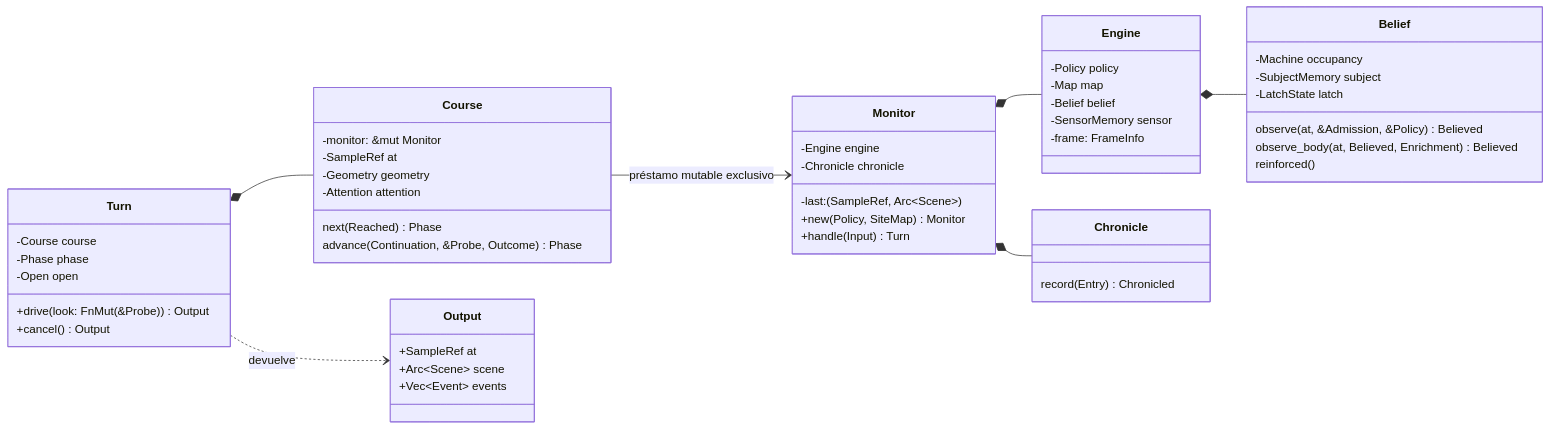
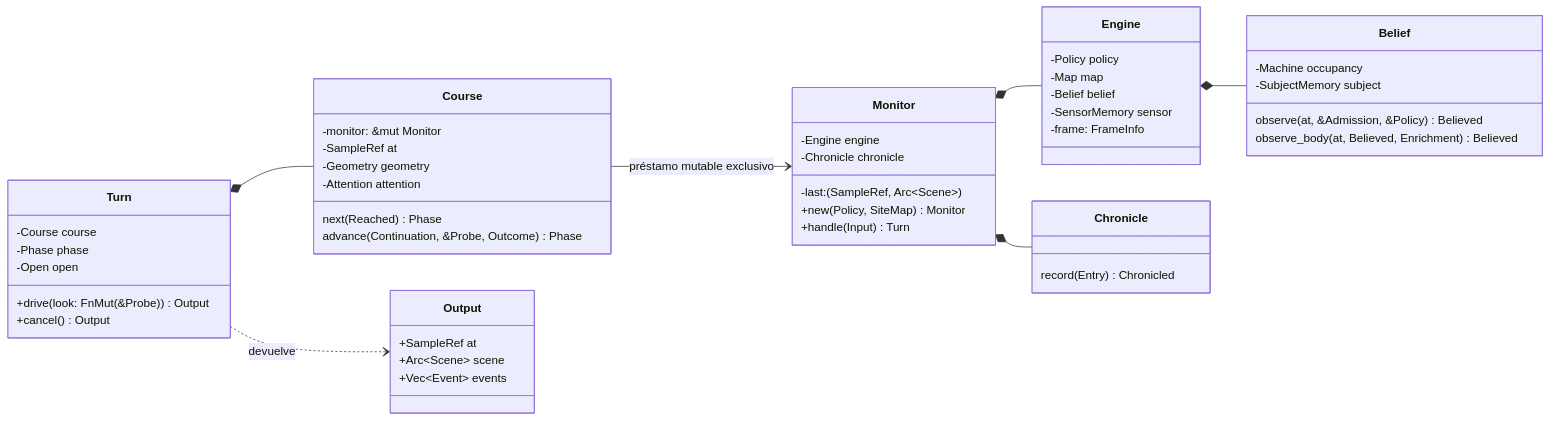
The third of 9 diagrams in arquitectura-c4.md (e7canasta/calipso-detector), drawn with Mermaid before and after one commit. The commit also changed other lines of this file and 5 other files, not shown here.

````diff
--- a/arquitectura-c4.md
+++ b/arquitectura-c4.md
@@ -123,56 +123,54 @@
 ```mermaid
 classDiagram
     direction LR
     class Monitor {
         -Engine engine
         -Chronicle chronicle
         -last: (SampleRef, Arc~Scene~)
         +new(Policy, SiteMap) Monitor
         +handle(Input) Turn
     }
     class Engine {
         -Policy policy
         -Map map
         -Belief belief
         -SensorMemory sensor
         -frame: FrameInfo
     }
     class Turn {
         -Course course
         -Phase phase
         -Open open
         +drive(look: FnMut(&Probe)) Output
         +cancel() Output
     }
     class Course {
         -monitor: &mut Monitor
         -SampleRef at
         -Geometry geometry
         -Attention attention
         next(Reached) Phase
         advance(Continuation, &Probe, Outcome) Phase
     }
     class Belief {
         -Machine occupancy
         -SubjectMemory subject
-        -LatchState latch
         observe(at, &Admission, &Policy) Believed
         observe_body(at, Believed, Enrichment) Believed
-        reinforced()
     }
     class Chronicle {
         record(Entry) Chronicled
     }
     class Output {
         +SampleRef at
         +Arc~Scene~ scene
         +Vec~Event~ events
     }
 
     Monitor *-- Engine
     Monitor *-- Chronicle
     Engine *-- Belief
     Turn *-- Course
     Course --> Monitor : préstamo mutable exclusivo
     Turn ..> Output : devuelve
 ```
````
